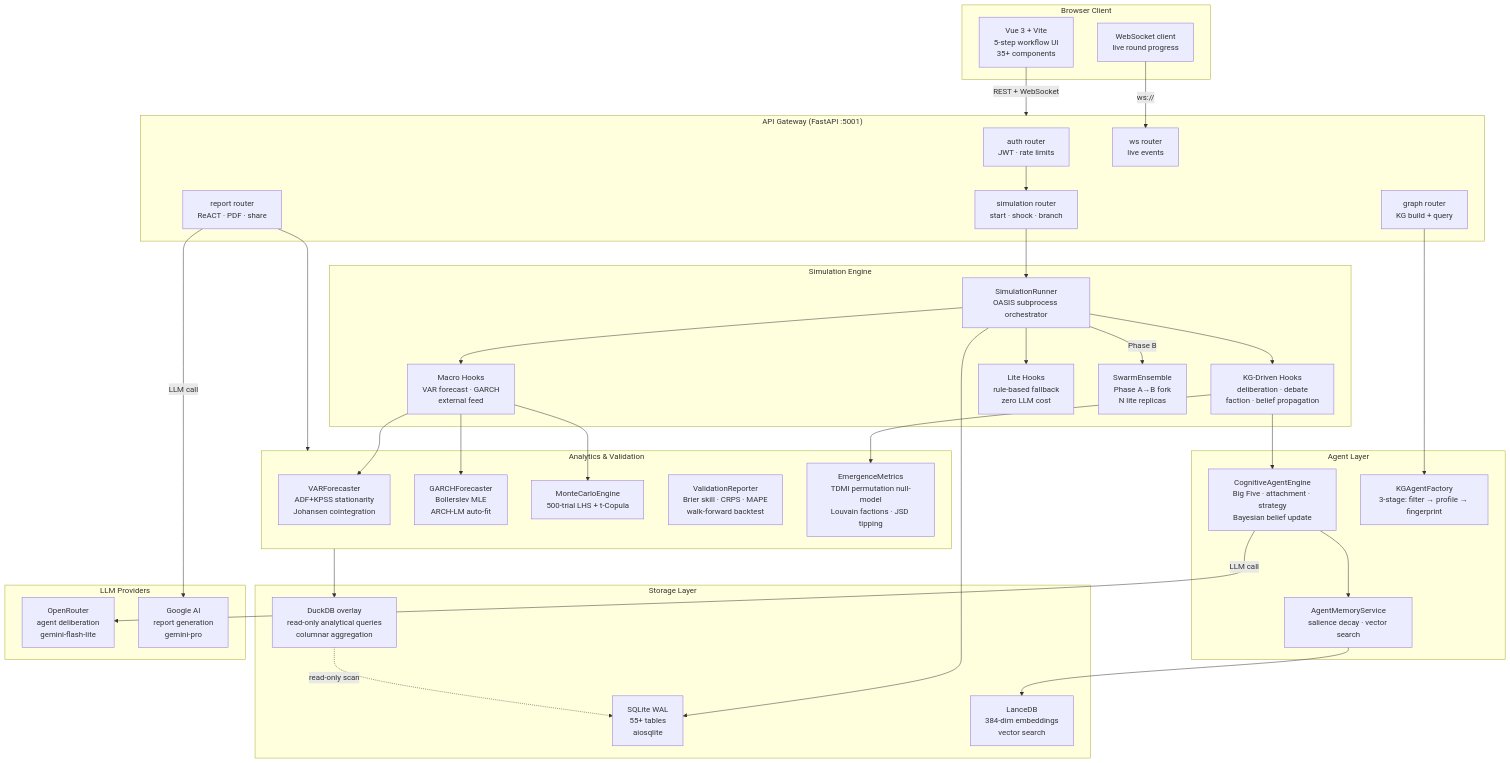
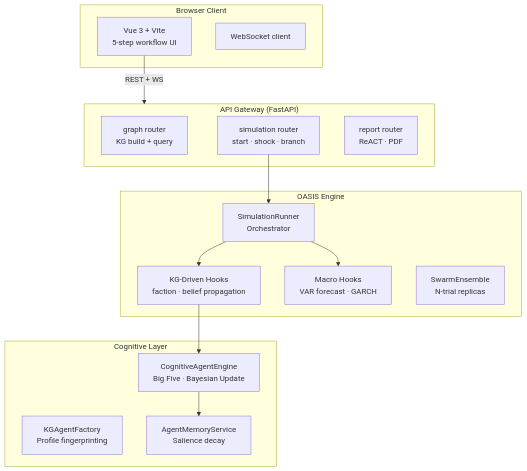
One commit to destinyfrancis/MurmuraScope changed the diagram in README.md. Above: the diagram before and after it, drawn with Mermaid. The commit also changed other lines of this file, not shown here.

Commit message:
docs: focus README on engine capabilities, remove simplified chinese, and refine strategic use cases

````diff
--- a/README.md
+++ b/README.md
@@ -71,75 +65,33 @@
 ```mermaid
 graph TB
     subgraph Client["Browser Client"]
-        UI["Vue 3 + Vite<br/>5-step workflow UI<br/>35+ components"]
-        WS_Client["WebSocket client<br/>live round progress"]
+        UI["Vue 3 + Vite<br/>5-step workflow UI"]
+        WS_Client["WebSocket client"]
     end
 
-    subgraph Gateway["API Gateway (FastAPI :5001)"]
-        Auth["auth router<br/>JWT · rate limits"]
+    subgraph Gateway["API Gateway (FastAPI)"]
         GraphAPI["graph router<br/>KG build + query"]
         SimAPI["simulation router<br/>start · shock · branch"]
-        ReportAPI["report router<br/>ReACT · PDF · share"]
-        WS_Server["ws router<br/>live events"]
+        ReportAPI["report router<br/>ReACT · PDF"]
     end
 
-    subgraph Simulation["Simulation Engine"]
-        Runner["SimulationRunner<br/>OASIS subprocess orchestrator"]
-        KGHooks["KG-Driven Hooks<br/>deliberation · debate<br/>faction · belief propagation"]
-        MacroHooks["Macro Hooks<br/>VAR forecast · GARCH<br/>external feed"]
-        LiteHooks["Lite Hooks<br/>rule-based fallback<br/>zero LLM cost"]
-        Swarm["SwarmEnsemble<br/>Phase A→B fork<br/>N lite replicas"]
+    subgraph Simulation["OASIS Engine"]
+        Runner["SimulationRunner<br/>Orchestrator"]
+        KGHooks["KG-Driven Hooks<br/>faction · belief propagation"]
+        MacroHooks["Macro Hooks<br/>VAR forecast · GARCH"]
+        Swarm["SwarmEnsemble<br/>N-trial replicas"]
     end
 
-    subgraph Agents["Agent Layer"]
-        CAE["CognitiveAgentEngine<br/>Big Five · attachment · strategy<br/>Bayesian belief update"]
-        KGFactory["KGAgentFactory<br/>3-stage: filter → profile → fingerprint"]
-        Memory["AgentMemoryService<br/>salience decay · vector search"]
+    subgraph Agents["Cognitive Layer"]
+        CAE["CognitiveAgentEngine<br/>Big Five · Bayesian Update"]
+        KGFactory["KGAgentFactory<br/>Profile fingerprinting"]
+        Memory["AgentMemoryService<br/>Salience decay"]
     end
 
-    subgraph Analytics["Analytics & Validation"]
-        VAR["VARForecaster<br/>ADF+KPSS stationarity<br/>Johansen cointegration"]
-        GARCH["GARCHForecaster<br/>Bollerslev MLE<br/>ARCH-LM auto-fit"]
-        MC["MonteCarloEngine<br/>500-trial LHS + t-Copula"]
-        Validate["ValidationReporter<br/>Brier skill · CRPS · MAPE<br/>walk-forward backtest"]
-        Emergence["EmergenceMetrics<br/>TDMI permutation null-model<br/>Louvain factions · JSD tipping"]
-    end
-
-    subgraph Storage["Storage Layer"]
-        SQLite["SQLite WAL<br/>55+ tables<br/>aiosqlite"]
-        DuckDB["DuckDB overlay<br/>read-only analytical queries<br/>columnar aggregation"]
-        LanceDB["LanceDB<br/>384-dim embeddings<br/>vector search"]
-    end
-
-    subgraph LLMs["LLM Providers"]
-        OpenRouter["OpenRouter<br/>agent deliberation<br/>gemini-flash-lite"]
-        Google["Google AI<br/>report generation<br/>gemini-pro"]
-    end
-
-    UI -->|REST + WebSocket| Gateway
-    WS_Client -->|ws://| WS_Server
-    Auth --> SimAPI
-    GraphAPI --> KGFactory
+    UI -->|REST + WS| Gateway
     SimAPI --> Runner
-    ReportAPI --> Analytics
-
     Runner --> KGHooks
     Runner --> MacroHooks
-    Runner --> LiteHooks
-    Runner -->|Phase B| Swarm
-
     KGHooks --> CAE
-    KGHooks --> Emergence
-    MacroHooks --> VAR
-    MacroHooks --> GARCH
-    MacroHooks --> MC
-
     CAE --> Memory
-    CAE -->|LLM call| OpenRouter
-    ReportAPI -->|LLM call| Google
-
-    Runner --> SQLite
-    Analytics --> DuckDB
-    Memory --> LanceDB
-    DuckDB -.->|read-only scan| SQLite
 ```
````
